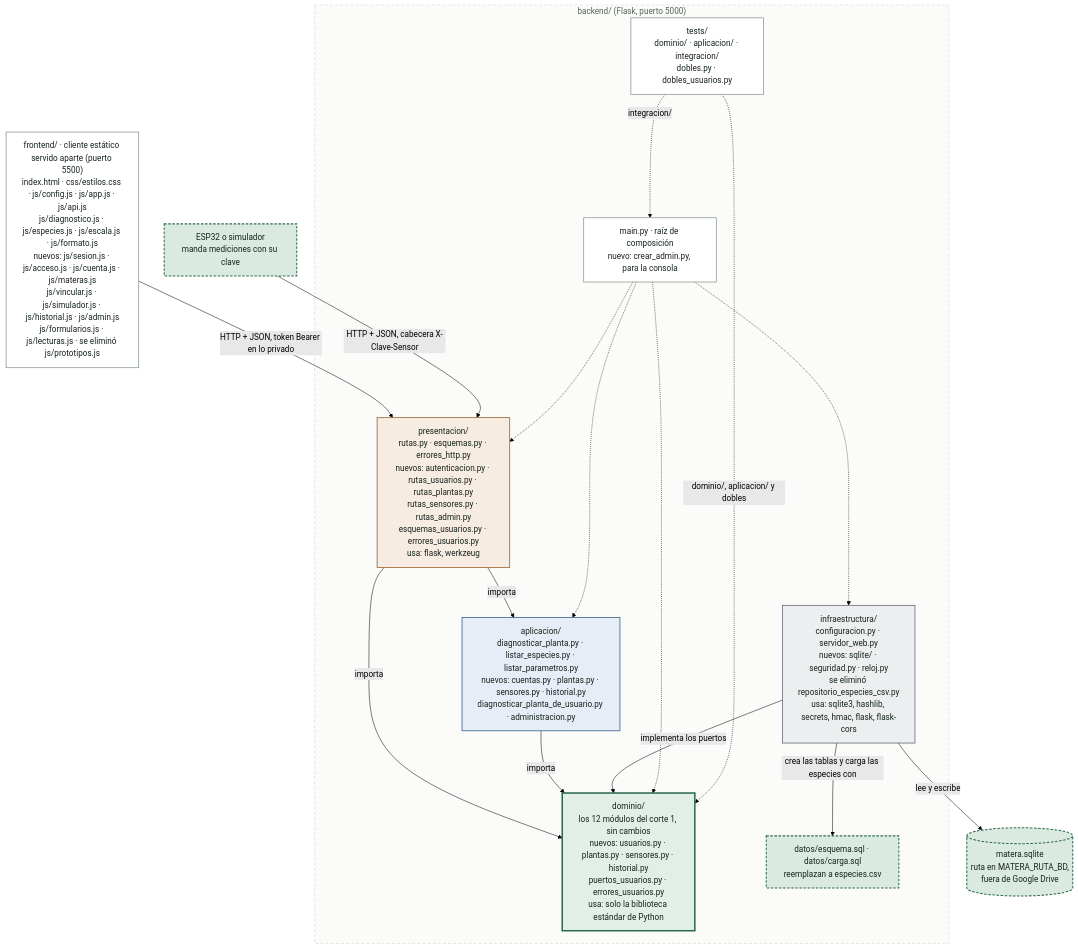
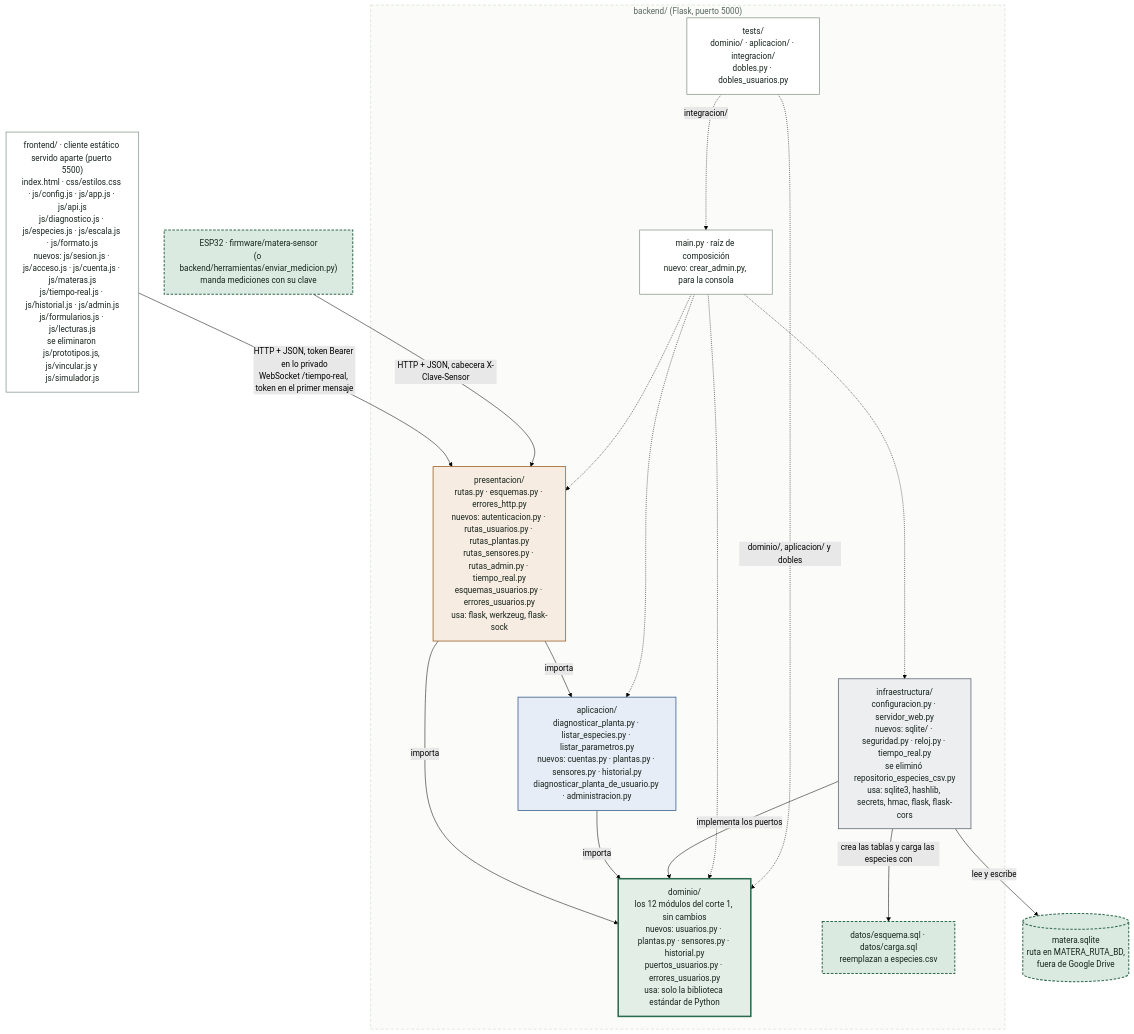
The diagram in docs/diagramas/paquetes-corte2.mmd (Pipelol0723/matera-inteligente), drawn with Mermaid (forest theme) before and after one commit. The commit also changed 25 other files, not shown here.

```diff
--- a/docs/diagramas/paquetes-corte2.mmd
+++ b/docs/diagramas/paquetes-corte2.mmd
@@ -1,47 +1,47 @@
 %% Diagrama de paquetes del corte 2 (implementado). Misma forma que paquetes.mmd:
 %% cada caja es una carpeta y dice qué archivos se agregan y cuáles se eliminan. Punteado: nodos nuevos.
 flowchart TB
-    FRONT["frontend/ · cliente estático servido aparte (puerto 5500)<br/>index.html · css/estilos.css · js/config.js · js/app.js · js/api.js<br/>js/diagnostico.js · js/especies.js · js/escala.js · js/formato.js<br/>nuevos: js/sesion.js · js/acceso.js · js/cuenta.js · js/materas.js<br/>js/vincular.js · js/simulador.js · js/historial.js · js/admin.js<br/>js/formularios.js · js/lecturas.js · se eliminó js/prototipos.js"]
-    ESP["ESP32 o simulador<br/>manda mediciones con su clave"]
+    FRONT["frontend/ · cliente estático servido aparte (puerto 5500)<br/>index.html · css/estilos.css · js/config.js · js/app.js · js/api.js<br/>js/diagnostico.js · js/especies.js · js/escala.js · js/formato.js<br/>nuevos: js/sesion.js · js/acceso.js · js/cuenta.js · js/materas.js<br/>js/tiempo-real.js · js/historial.js · js/admin.js<br/>js/formularios.js · js/lecturas.js<br/>se eliminaron js/prototipos.js, js/vincular.js y js/simulador.js"]
+    ESP["ESP32 · firmware/matera-sensor<br/>(o backend/herramientas/enviar_medicion.py)<br/>manda mediciones con su clave"]
 
     subgraph BACKEND["backend/ (Flask, puerto 5000)"]
         MAIN["main.py · raíz de composición<br/>nuevo: crear_admin.py, para la consola"]
-        PRES["presentacion/<br/>rutas.py · esquemas.py · errores_http.py<br/>nuevos: autenticacion.py · rutas_usuarios.py · rutas_plantas.py<br/>rutas_sensores.py · rutas_admin.py<br/>esquemas_usuarios.py · errores_usuarios.py<br/>usa: flask, werkzeug"]
+        PRES["presentacion/<br/>rutas.py · esquemas.py · errores_http.py<br/>nuevos: autenticacion.py · rutas_usuarios.py · rutas_plantas.py<br/>rutas_sensores.py · rutas_admin.py · tiempo_real.py<br/>esquemas_usuarios.py · errores_usuarios.py<br/>usa: flask, werkzeug, flask-sock"]
         APP["aplicacion/<br/>diagnosticar_planta.py · listar_especies.py · listar_parametros.py<br/>nuevos: cuentas.py · plantas.py · sensores.py · historial.py<br/>diagnosticar_planta_de_usuario.py · administracion.py"]
         DOM["dominio/<br/>los 12 módulos del corte 1, sin cambios<br/>nuevos: usuarios.py · plantas.py · sensores.py · historial.py<br/>puertos_usuarios.py · errores_usuarios.py<br/>usa: solo la biblioteca estándar de Python"]
-        INFRA["infraestructura/<br/>configuracion.py · servidor_web.py<br/>nuevos: sqlite/ · seguridad.py · reloj.py<br/>se eliminó repositorio_especies_csv.py<br/>usa: sqlite3, hashlib, secrets, hmac, flask, flask-cors"]
+        INFRA["infraestructura/<br/>configuracion.py · servidor_web.py<br/>nuevos: sqlite/ · seguridad.py · reloj.py · tiempo_real.py<br/>se eliminó repositorio_especies_csv.py<br/>usa: sqlite3, hashlib, secrets, hmac, flask, flask-cors"]
         SQL["datos/esquema.sql · datos/carga.sql<br/>reemplazan a especies.csv"]
         TESTS["tests/<br/>dominio/ · aplicacion/ · integracion/<br/>dobles.py · dobles_usuarios.py"]
     end
     BD[("matera.sqlite<br/>ruta en MATERA_RUTA_BD,<br/>fuera de Google Drive")]
 
-    FRONT -->|"HTTP + JSON, token Bearer en lo privado"| PRES
+    FRONT -->|"HTTP + JSON, token Bearer en lo privado<br/>WebSocket /tiempo-real, token en el primer mensaje"| PRES
     ESP -->|"HTTP + JSON, cabecera X-Clave-Sensor"| PRES
     PRES -->|"importa"| APP
     PRES -->|"importa"| DOM
     APP -->|"importa"| DOM
     INFRA -->|"implementa los puertos"| DOM
     INFRA -->|"crea las tablas y carga las especies con"| SQL
     INFRA -->|"lee y escribe"| BD
 
     MAIN -.-> PRES
     MAIN -.-> APP
     MAIN -.-> DOM
     MAIN -.-> INFRA
     TESTS -.->|"dominio/, aplicacion/ y dobles"| DOM
     TESTS -.->|"integracion/"| MAIN
 
     classDef presentacion fill:#f6ece2,stroke:#9a5b1e,stroke-width:1.5px,color:#16231b
     classDef aplicacion fill:#e6edf6,stroke:#33598a,stroke-width:1.5px,color:#16231b
     classDef dominio fill:#e3eee7,stroke:#2c6a4e,stroke-width:3px,color:#16231b
     classDef infraestructura fill:#eceef0,stroke:#5e6670,stroke-width:1.5px,color:#16231b
     classDef neutro fill:#ffffff,stroke:#8a9a8e,stroke-width:1.5px,color:#16231b
     classDef nuevo fill:#dbeae0,stroke:#2e6a4e,stroke-width:2px,stroke-dasharray:5 3,color:#16231b
 
     class PRES presentacion
     class APP aplicacion
     class DOM dominio
     class INFRA infraestructura
     class FRONT,MAIN,TESTS neutro
     class ESP,SQL,BD nuevo
     style BACKEND fill:#fbfcfa,stroke:#c3d3c4,stroke-dasharray:6 4,color:#56655b
```
